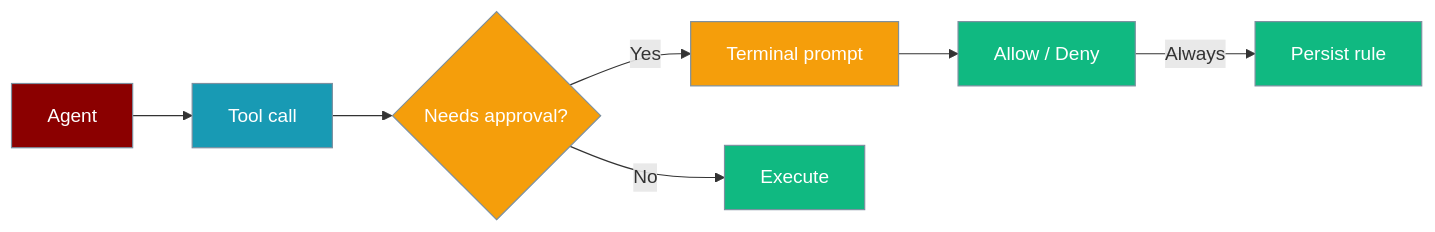
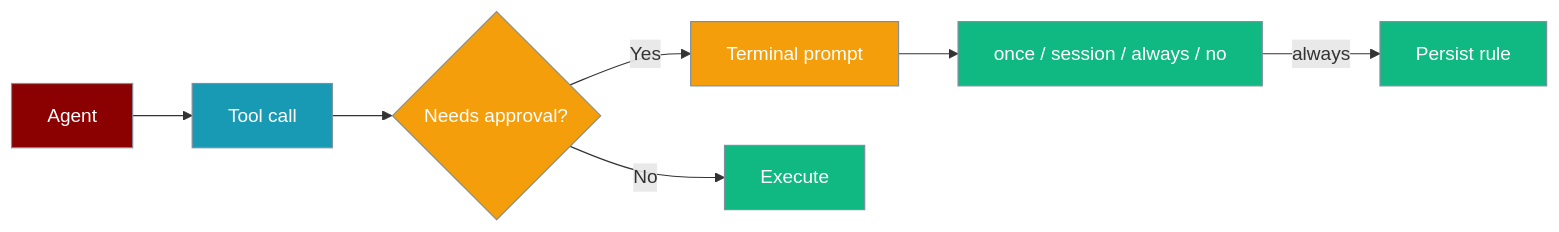
One commit to MervinPraison/PraisonAIDocs changed the first of 4 diagrams in docs/features/interactive-approval.mdx. Above: the diagram before and after it, drawn with Mermaid. The commit also changed other lines of this file and 1 other file, not shown here.

First line of the commit message:
docs: rewrite interactive approval prompt for once/session/always scopes (fixes #1963)

````diff
--- a/docs/features/interactive-approval.mdx
+++ b/docs/features/interactive-approval.mdx
@@ -23,20 +23,20 @@
 ```mermaid
 graph LR
     A[Agent] --> B[Tool call]
     B --> C{Needs approval?}
     C -->|Yes| D[Terminal prompt]
-    D --> E[Allow / Deny]
-    E -->|Always| F[Persist rule]
+    D --> E[once / session / always / no]
+    E -->|always| F[Persist rule]
     C -->|No| G[Execute]
 
     classDef agent fill:#8B0000,stroke:#7C90A0,color:#fff
     classDef tool fill:#189AB4,stroke:#7C90A0,color:#fff
     classDef check fill:#F59E0B,stroke:#7C90A0,color:#fff
     classDef ok fill:#10B981,stroke:#7C90A0,color:#fff
 
     class A agent
     class B tool
     class C,D check
     class E,F,G ok
 
 ```
````
